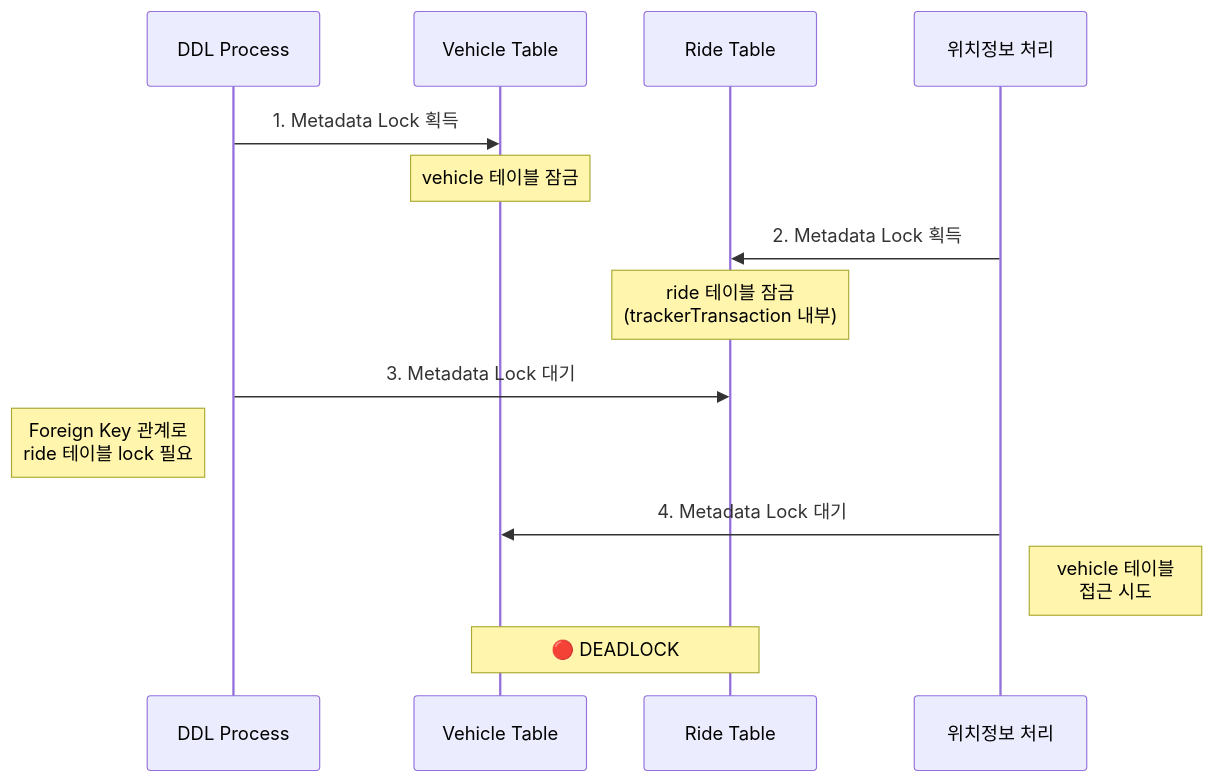
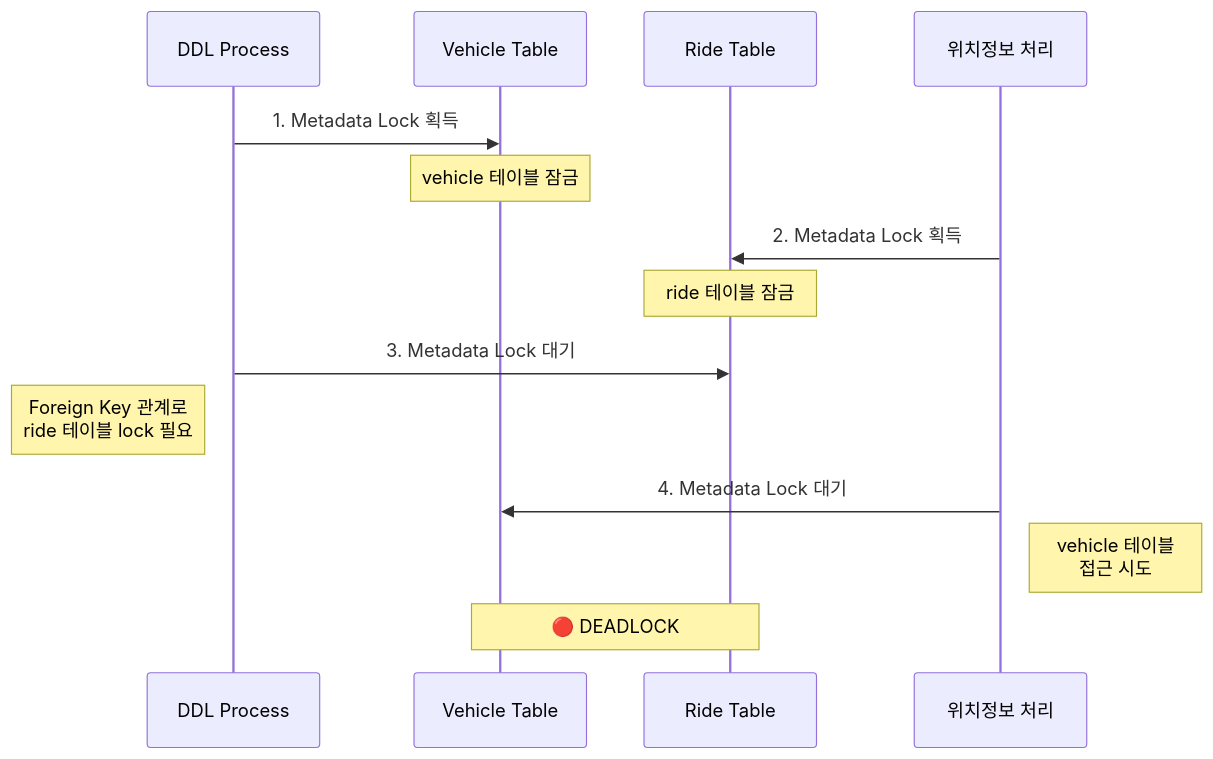
The diagram in blog/2025-08-17-spring-transaction-template-understanding/index.md (yongseongkim/yongseongkim.github.io), drawn with Mermaid before and after one commit. The commit also changed other lines of this file, not shown here.

Commit message:
spring transaction template understanding 문제 소개 정리

````diff
--- a/blog/2025-08-17-spring-transaction-template-understanding/index.md
+++ b/blog/2025-08-17-spring-transaction-template-understanding/index.md
@@ -47,21 +22,21 @@
 ```mermaid
 sequenceDiagram
     participant DDL as DDL Process
     participant VT as Vehicle Table
     participant RT as Ride Table
     participant App as 위치정보 처리
-     
+
     DDL->>VT: 1. Metadata Lock 획득
     Note over VT: vehicle 테이블 잠금
-    
+
     App->>RT: 2. Metadata Lock 획득
-    Note over RT: ride 테이블 잠금<br/>(trackerTransaction 내부)
-    
+    Note over RT: ride 테이블 잠금
+
     DDL->>RT: 3. Metadata Lock 대기
     Note left of DDL: Foreign Key 관계로<br/>ride 테이블 lock 필요
-    
+
     App->>VT: 4. Metadata Lock 대기
     Note right of App: vehicle 테이블<br/>접근 시도
-    
+
     Note over VT,RT: 🔴 DEADLOCK
 ```
````
